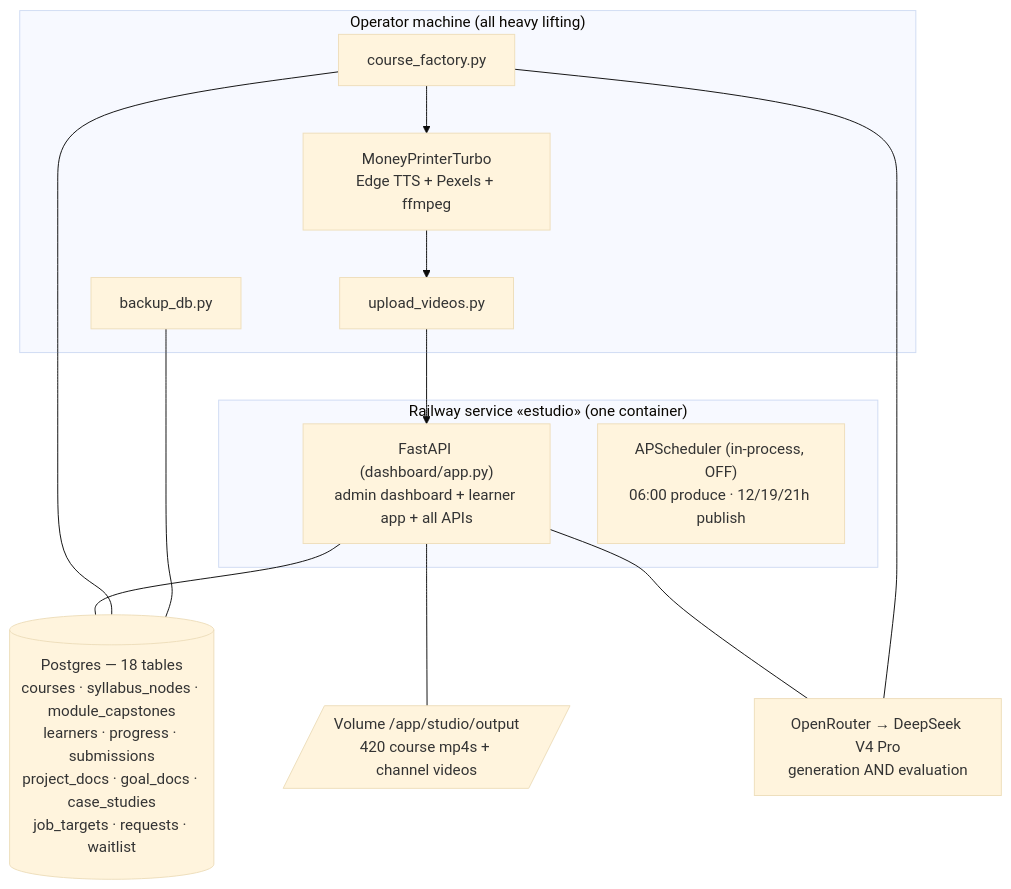
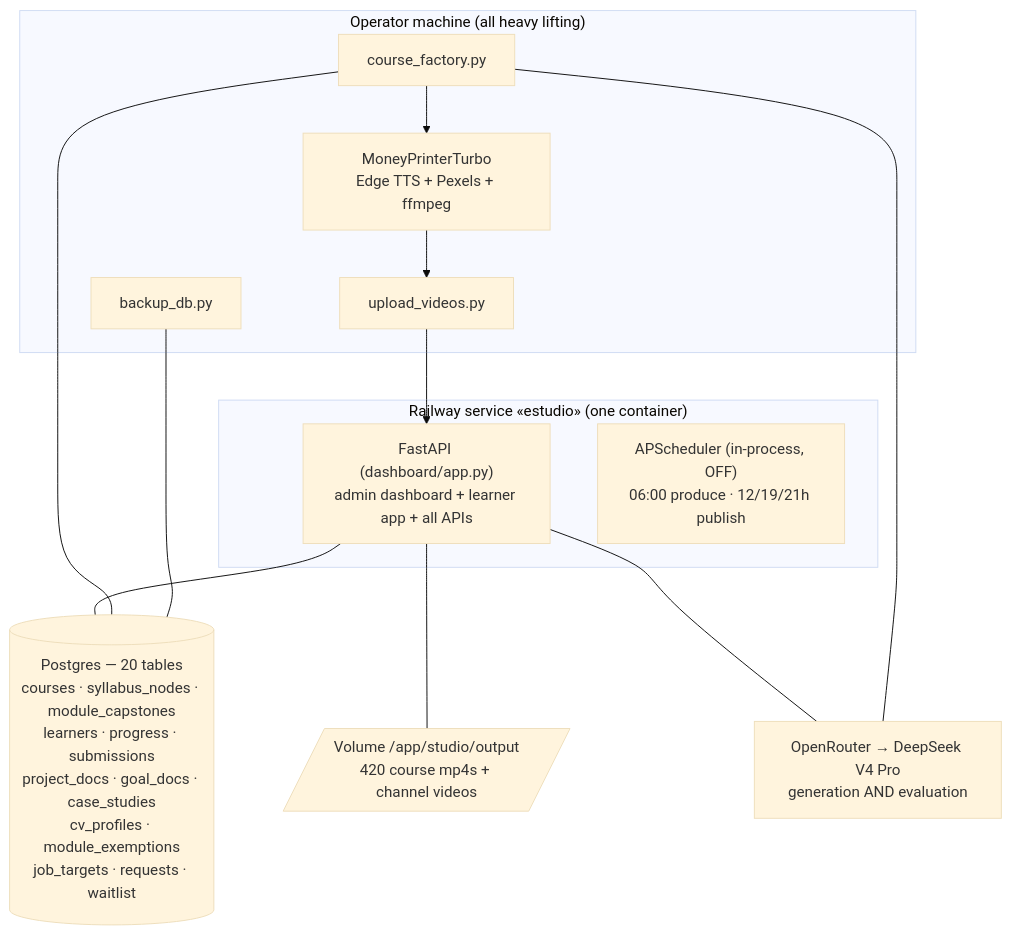
The diagram in docs/03-architecture.md (JtPerez-Acle/rumbo), drawn with Mermaid (base theme) before and after one commit. The commit also changed other lines of this file and 10 other files, not shown here.

````diff
--- a/docs/03-architecture.md
+++ b/docs/03-architecture.md
@@ -8,23 +8,24 @@
 ```mermaid
 flowchart TB
     subgraph Railway ["Railway service «estudio» (one container)"]
         APP["FastAPI (dashboard/app.py)\nadmin dashboard + learner app + all APIs"]
         SCHED["APScheduler (in-process, OFF)\n06:00 produce · 12/19/21h publish"]
     end
-    PG[("Postgres — 18 tables\ncourses · syllabus_nodes · module_capstones\nlearners · progress · submissions\nproject_docs · goal_docs · case_studies\njob_targets · requests · waitlist")]
+    PG[("Postgres — 20 tables\ncourses · syllabus_nodes · module_capstones\nlearners · progress · submissions\nproject_docs · goal_docs · case_studies
+cv_profiles · module_exemptions\njob_targets · requests · waitlist")]
     VOL[/"Volume /app/studio/output\n420 course mp4s + channel videos"/]
     OR["OpenRouter → DeepSeek V4 Pro\ngeneration AND evaluation"]
     APP --- PG
     APP --- VOL
     APP --- OR
     subgraph Local ["Operator machine (all heavy lifting)"]
         FACTORY["course_factory.py"]
         MPT["MoneyPrinterTurbo\nEdge TTS + Pexels + ffmpeg"]
         UP["upload_videos.py"]
         BK["backup_db.py"]
     end
     FACTORY --> MPT --> UP --> APP
     FACTORY --- PG
     FACTORY --- OR
     BK --- PG
 ```
````
